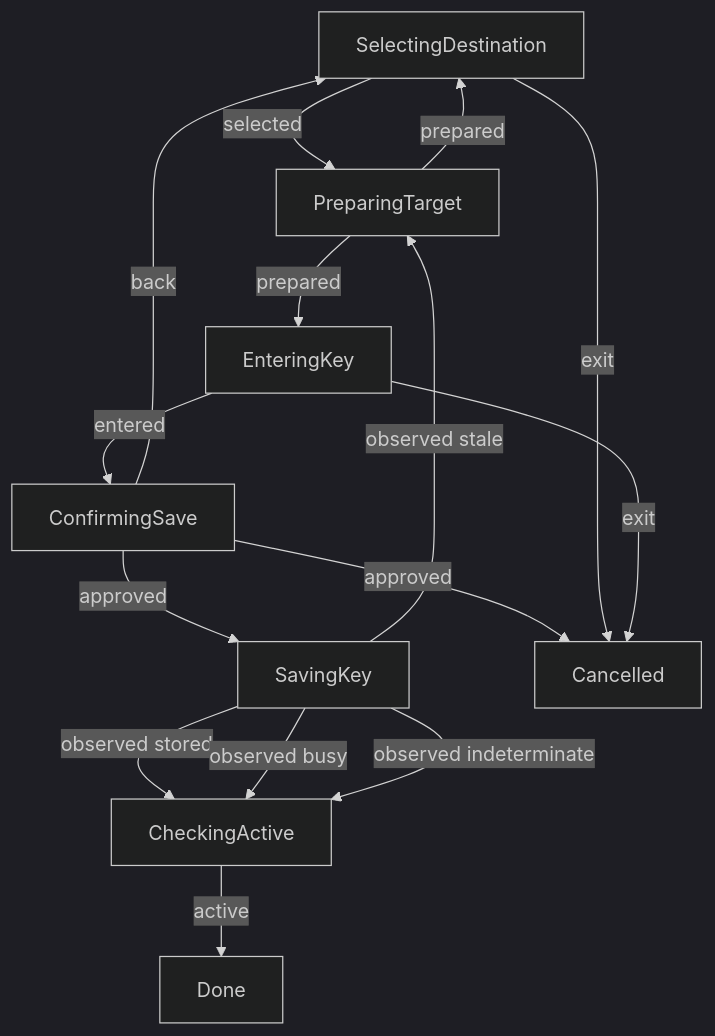
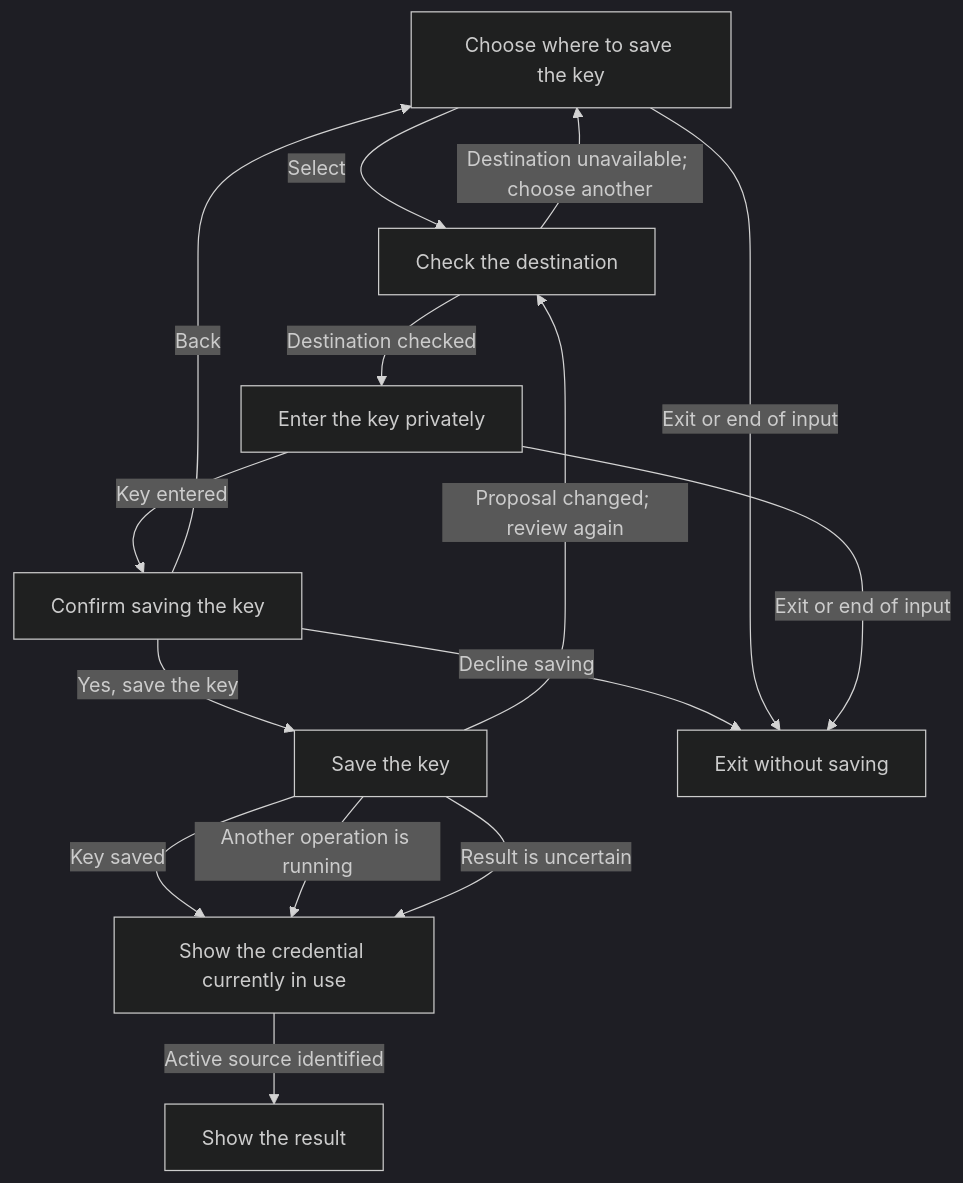
Before and after one commit to dearlordylord/hapsland: the diagram in docs/cli-interactions/login.md, drawn with Mermaid (dark theme). The commit also changed other lines of this file and 18 other files, not shown here.

Commit message:
Remove test traces from public terminal flow documentation

````diff
--- a/docs/cli-interactions/login.md
+++ b/docs/cli-interactions/login.md
@@ -11,17 +11,25 @@
 ```mermaid
 flowchart TD
-  SelectingDestination -->|"selected"| PreparingTarget
-  PreparingTarget -->|"prepared"| EnteringKey
-  EnteringKey -->|"entered"| ConfirmingSave
-  ConfirmingSave -->|"approved"| SavingKey
-  SavingKey -->|"observed stored"| CheckingActive
-  CheckingActive -->|"active"| Done
-  ConfirmingSave -->|"approved"| Cancelled
-  ConfirmingSave -->|"back"| SelectingDestination
-  SelectingDestination -->|"exit"| Cancelled
-  EnteringKey -->|"exit"| Cancelled
-  PreparingTarget -->|"prepared"| SelectingDestination
-  SavingKey -->|"observed stale"| PreparingTarget
-  SavingKey -->|"observed busy"| CheckingActive
-  SavingKey -->|"observed indeterminate"| CheckingActive
+  SelectingDestination["Choose where to save the key"]
+  PreparingTarget["Check the destination"]
+  EnteringKey["Enter the key privately"]
+  ConfirmingSave["Confirm saving the key"]
+  SavingKey["Save the key"]
+  CheckingActive["Show the credential currently in use"]
+  Done["Show the result"]
+  Cancelled["Exit without saving"]
+  SelectingDestination -->|"Select"| PreparingTarget
+  PreparingTarget -->|"Destination checked"| EnteringKey
+  EnteringKey -->|"Key entered"| ConfirmingSave
+  ConfirmingSave -->|"Yes, save the key"| SavingKey
+  SavingKey -->|"Key saved"| CheckingActive
+  CheckingActive -->|"Active source identified"| Done
+  ConfirmingSave -->|"Decline saving"| Cancelled
+  ConfirmingSave -->|"Back"| SelectingDestination
+  SelectingDestination -->|"Exit or end of input"| Cancelled
+  EnteringKey -->|"Exit or end of input"| Cancelled
+  PreparingTarget -->|"Destination unavailable; choose another"| SelectingDestination
+  SavingKey -->|"Proposal changed; review again"| PreparingTarget
+  SavingKey -->|"Another operation is running"| CheckingActive
+  SavingKey -->|"Result is uncertain"| CheckingActive
 ```
````
